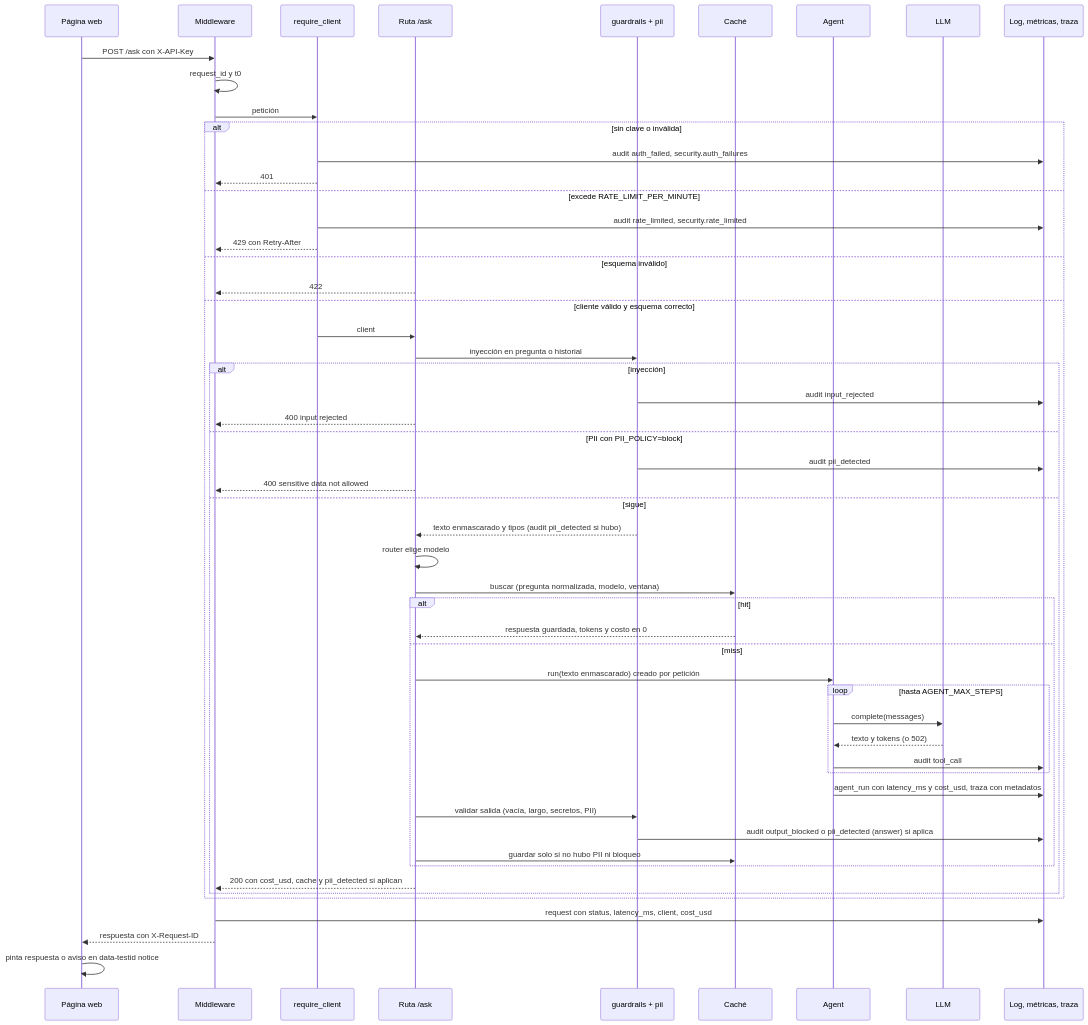
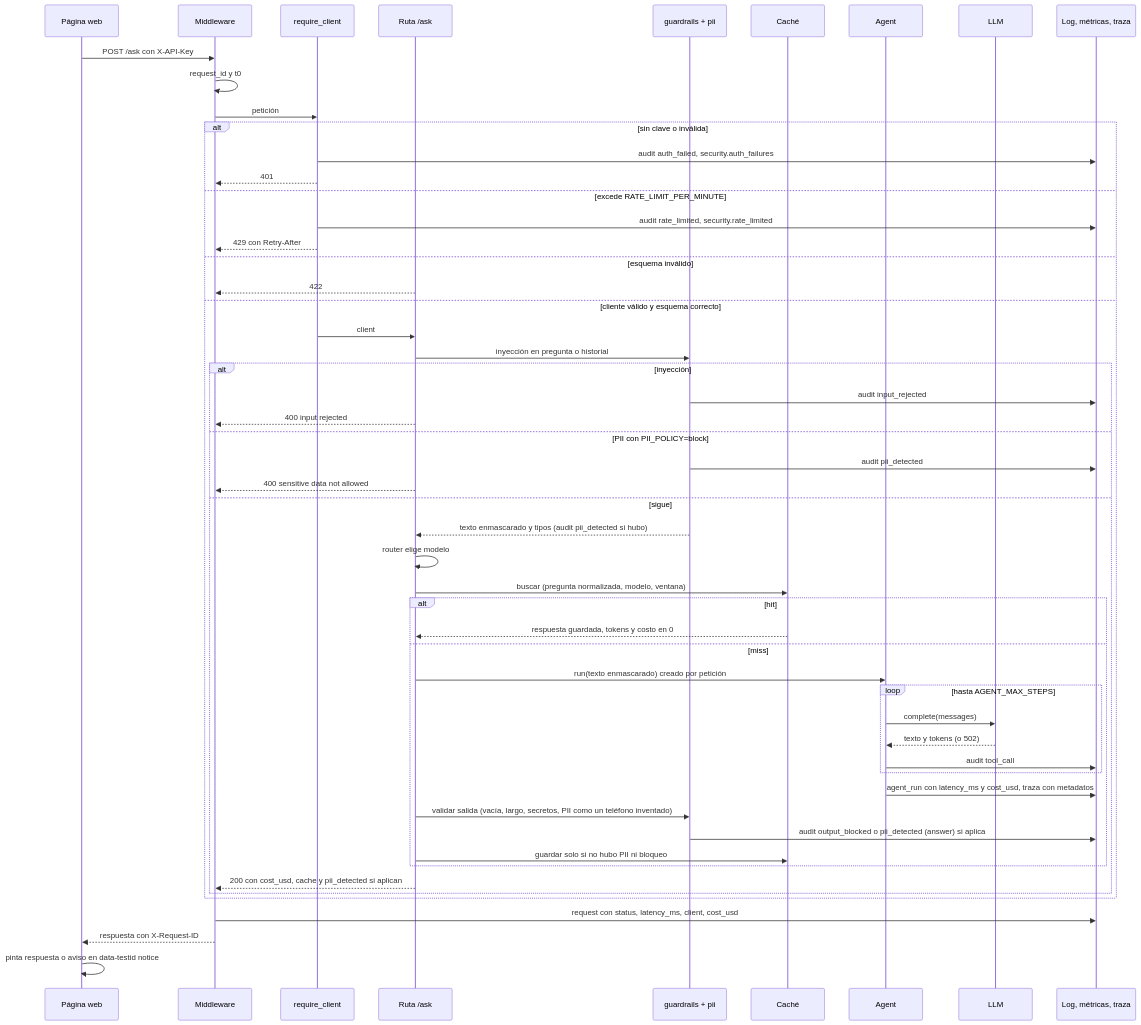
One commit to rgaxiolaatn/hr-assistant-reto changed the second of 2 diagrams in doc/architecture.md. Above: the diagram before and after it, drawn with Mermaid. The commit also changed other lines of this file and 10 other files, not shown here.

````diff
--- a/doc/architecture.md
+++ b/doc/architecture.md
@@ -64,56 +66,56 @@
 ```mermaid
 sequenceDiagram
     participant W as Página web
     participant MW as Middleware
     participant S as require_client
     participant API as Ruta /ask
     participant GR as guardrails + pii
     participant C as Caché
     participant A as Agent
     participant L as LLM
     participant T as Log, métricas, traza
     W->>MW: POST /ask con X-API-Key
     MW->>MW: request_id y t0
     MW->>S: petición
     alt sin clave o inválida
         S->>T: audit auth_failed, security.auth_failures
         S-->>MW: 401
     else excede RATE_LIMIT_PER_MINUTE
         S->>T: audit rate_limited, security.rate_limited
         S-->>MW: 429 con Retry-After
     else esquema inválido
         API-->>MW: 422
     else cliente válido y esquema correcto
         S->>API: client
         API->>GR: inyección en pregunta o historial
         alt inyección
             GR->>T: audit input_rejected
             API-->>MW: 400 input rejected
         else PII con PII_POLICY=block
             GR->>T: audit pii_detected
             API-->>MW: 400 sensitive data not allowed
         else sigue
             GR-->>API: texto enmascarado y tipos (audit pii_detected si hubo)
             API->>API: router elige modelo
             API->>C: buscar (pregunta normalizada, modelo, ventana)
             alt hit
                 C-->>API: respuesta guardada, tokens y costo en 0
             else miss
                 API->>A: run(texto enmascarado) creado por petición
                 loop hasta AGENT_MAX_STEPS
                     A->>L: complete(messages)
                     L-->>A: texto y tokens (o 502)
                     A->>T: audit tool_call
                 end
                 A->>T: agent_run con latency_ms y cost_usd, traza con metadatos
-                API->>GR: validar salida (vacía, largo, secretos, PII)
+                API->>GR: validar salida (vacía, largo, secretos, PII como un teléfono inventado)
                 GR->>T: audit output_blocked o pii_detected (answer) si aplica
                 API->>C: guardar solo si no hubo PII ni bloqueo
             end
             API-->>MW: 200 con cost_usd, cache y pii_detected si aplican
         end
     end
     MW->>T: request con status, latency_ms, client, cost_usd
     MW-->>W: respuesta con X-Request-ID
     W->>W: pinta respuesta o aviso en data-testid notice
 ```
````
